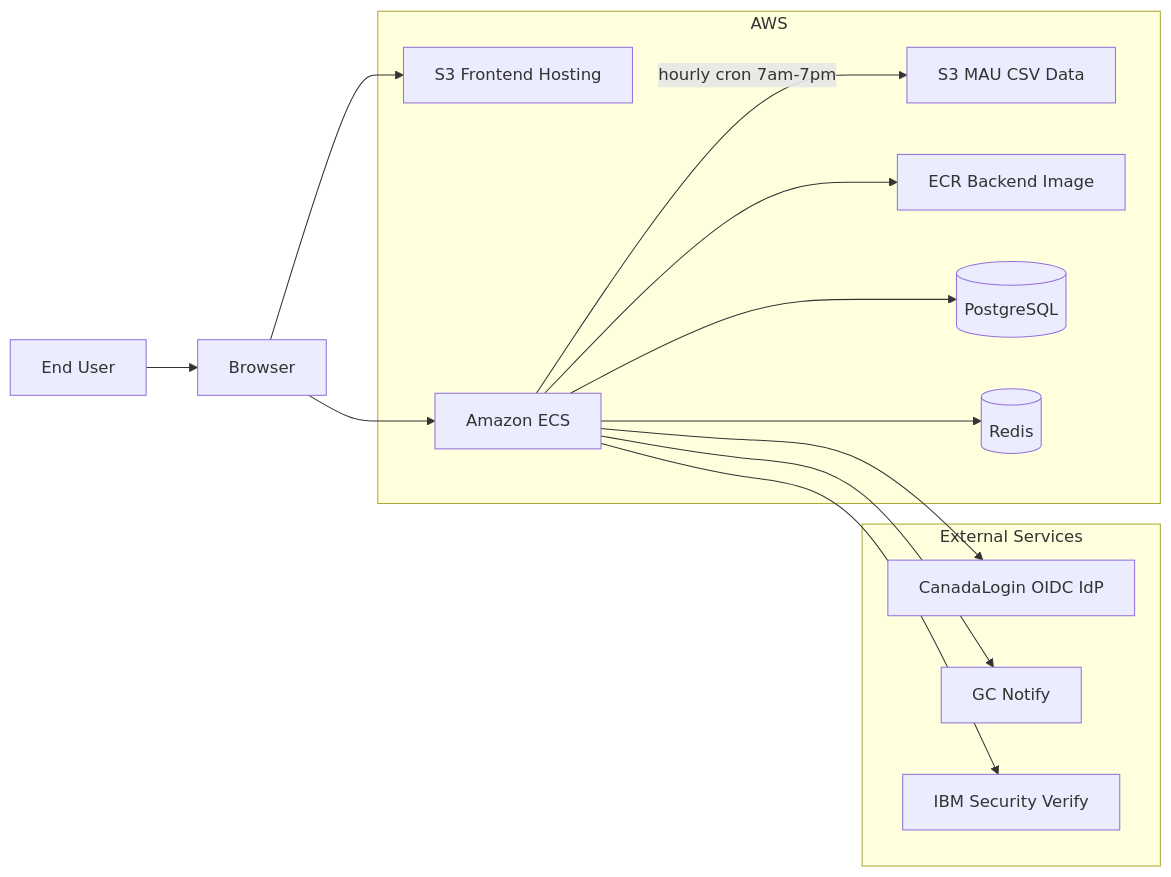
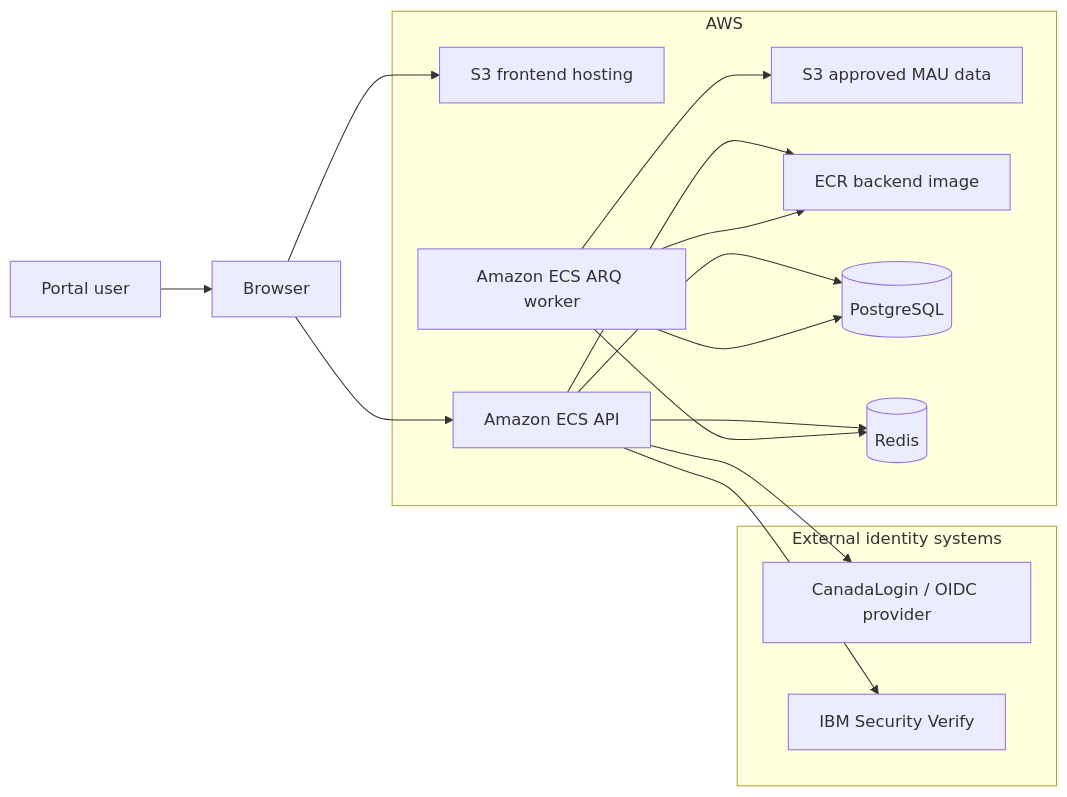
One commit to cds-snc/canadalogin-partner-portal changed the diagram in docs/plans/partner-portal-system-architecture.md. Above: the diagram before and after it, drawn with Mermaid. The commit also changed other lines of this file and 1343 other files, not shown here.

````diff
--- a/docs/plans/partner-portal-system-architecture.md
+++ b/docs/plans/partner-portal-system-architecture.md
@@ -23,31 +41,33 @@
 ```mermaid
 flowchart LR
-    User[End User]
+    User[Portal user]
     Browser[Browser]
 
     subgraph AWS[AWS]
-        S3_FE[S3 Frontend Hosting]
-        S3_MAU[S3 MAU CSV Data]
-        ECR[ECR Backend Image]
-        Compute[Amazon ECS]
+        S3Frontend[S3 frontend hosting]
+        S3MAU[S3 approved MAU data]
+        ECR[ECR backend image]
+        API[Amazon ECS API]
+        Worker[Amazon ECS ARQ worker]
         PG[(PostgreSQL)]
         Redis[(Redis)]
     end
 
-    subgraph External[External Services]
-        OIDC[CanadaLogin OIDC IdP]
-        Notify[GC Notify]
+    subgraph External[External identity systems]
+        OIDC[CanadaLogin / OIDC provider]
         IBM[IBM Security Verify]
     end
 
     User --> Browser
-    Browser --> S3_FE
-    Browser --> Compute
-    Compute --> ECR
-    Compute --> PG
-    Compute --> Redis
-    Compute --> OIDC
-    Compute --> Notify
-    Compute --> IBM
-    Compute -->|"hourly cron 7am-7pm"| S3_MAU
+    Browser --> S3Frontend
+    Browser --> API
+    API --> ECR
+    Worker --> ECR
+    API --> PG
+    API --> Redis
+    Worker --> Redis
+    Worker --> PG
+    API --> OIDC
+    API --> IBM
+    Worker --> S3MAU
 ```
````
